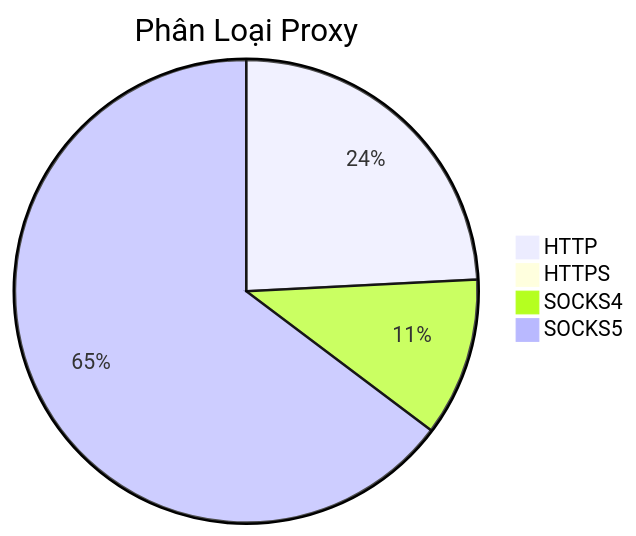
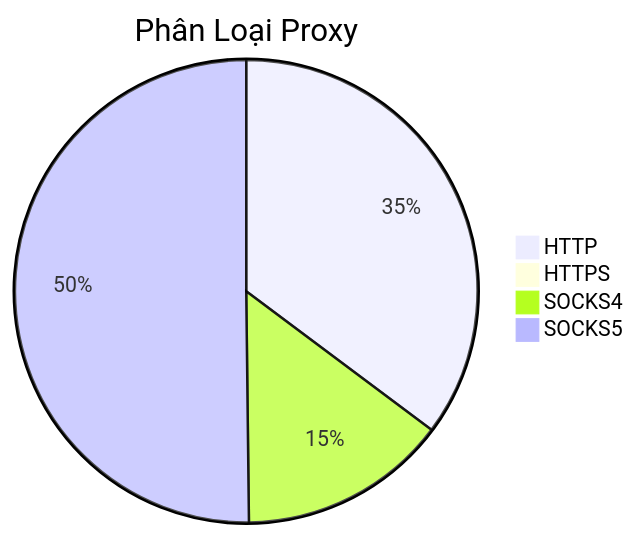
The diagram in README.md (Ciara-Aa/PROXY-free), drawn with Mermaid before and after one commit. The commit also changed other lines of this file and 4 other files, not shown here.

````diff
--- a/README.md
+++ b/README.md
@@ -26,7 +26,7 @@
 ```mermaid
 pie title Phân Loại Proxy
-    "HTTP" : 395
-    "HTTPS" : 0
-    "SOCKS4" : 181
-    "SOCKS5" : 1057
+    "HTTP" : 473
+    "HTTPS" : 5
+    "SOCKS4" : 196
+    "SOCKS5" : 674
 ```
````
